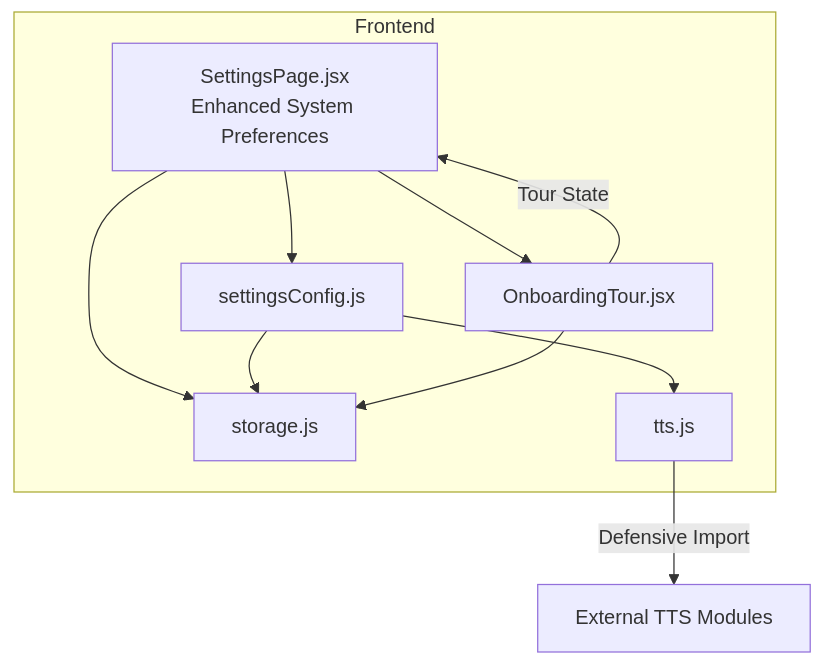
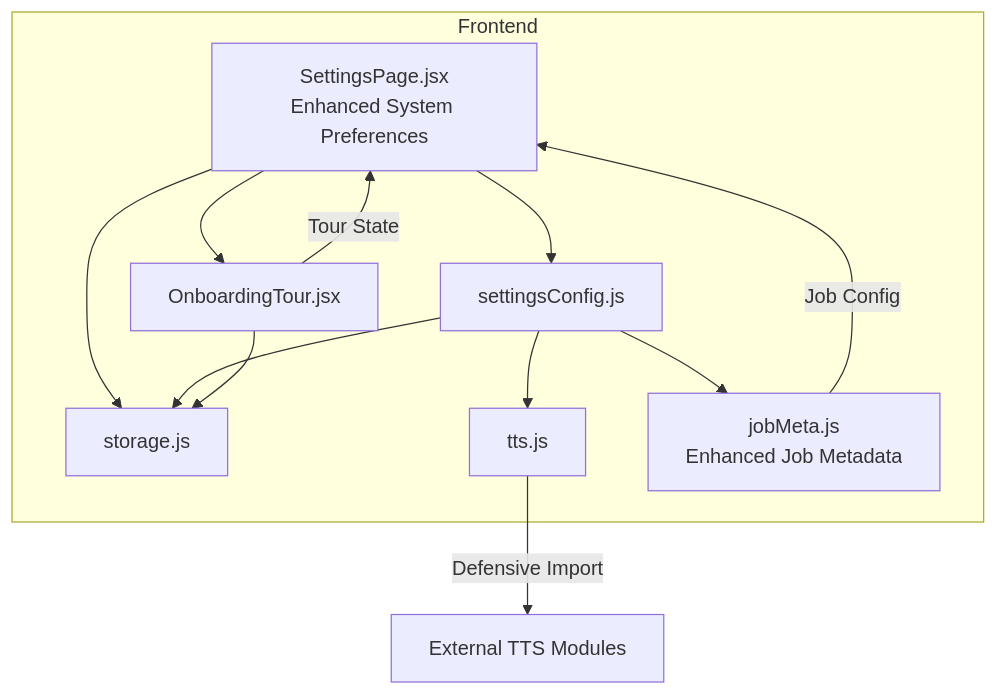
One commit to zmyeo54/briefroom changed the first of 6 diagrams in .qoder/repowiki/en/content/Utility Libraries/Settings Configuration.md. Above: the diagram before and after it, drawn with Mermaid. The commit also changed other lines of this file and 37 other files, not shown here.

First line of the commit message:
feat(job-application): enhance job metadata extraction and processing capabilities

````diff
--- a/.qoder/repowiki/en/content/Utility Libraries/Settings Configuration.md
+++ b/.qoder/repowiki/en/content/Utility Libraries/Settings Configuration.md
@@ -45,18 +48,21 @@
 ```mermaid
 graph TB
 subgraph "Frontend"
 SP["SettingsPage.jsx<br/>Enhanced System Preferences"]
 SC["settingsConfig.js"]
 ST["storage.js"]
 OT["OnboardingTour.jsx"]
 TT["tts.js"]
+JM["jobMeta.js<br/>Enhanced Job Metadata"]
 end
 SP --> SC
 SP --> ST
 SP --> OT
 SC --> ST
 SC --> TT
+SC --> JM
 OT --> ST
 OT --> |Tour State| SP
 TT --> |Defensive Import| External["External TTS Modules"]
+JM --> |Job Config| SP
 ```
````
